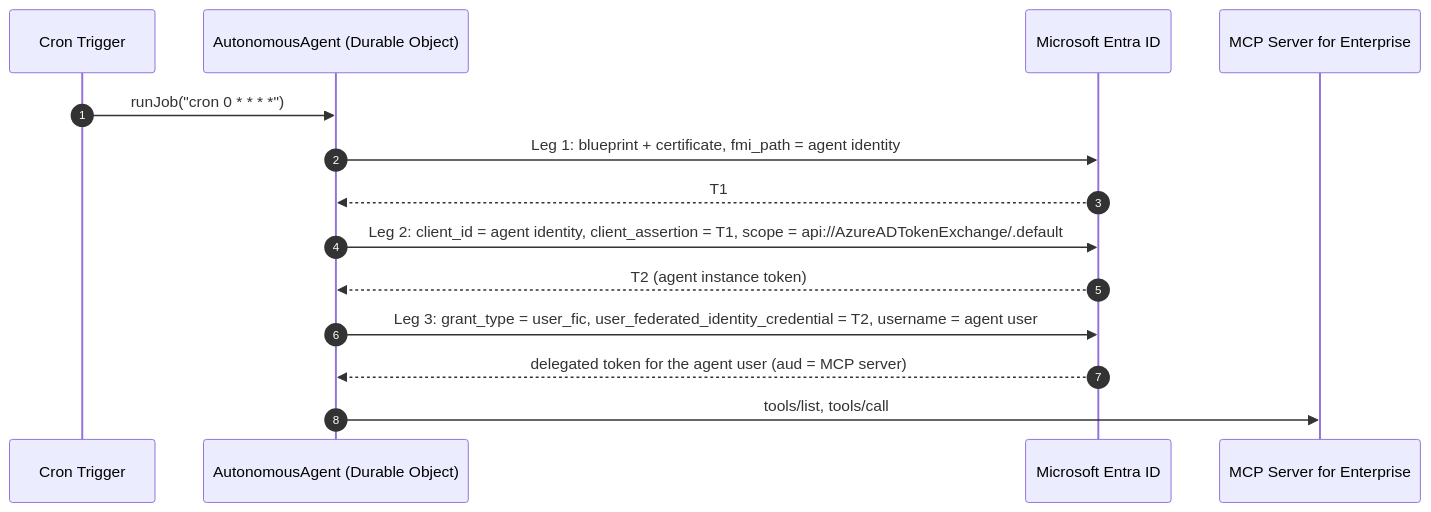
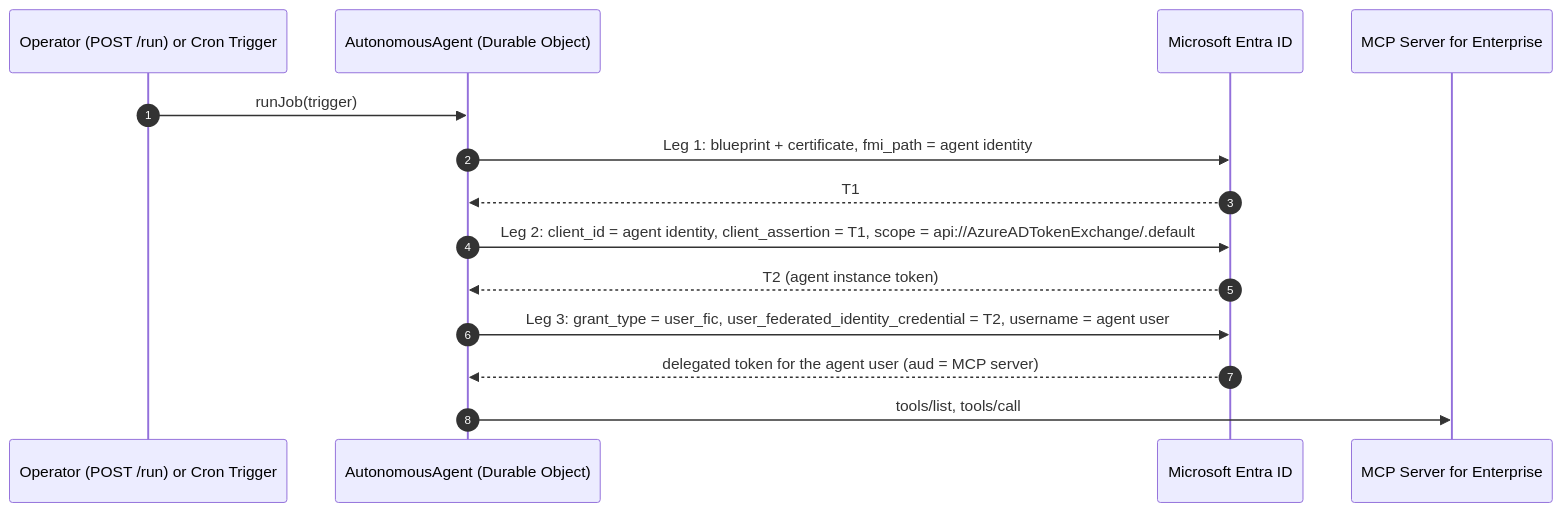
One commit to astaykov/agentid-cloudflare-draft changed the second of 2 diagrams in docs/token-flows.md. Above: the diagram before and after it, drawn with Mermaid. The commit also changed other lines of this file and 13 other files, not shown here.

````diff
--- a/docs/token-flows.md
+++ b/docs/token-flows.md
@@ -129,16 +129,16 @@
 ```mermaid
 sequenceDiagram
   autonumber
-  participant C as Cron Trigger
+  participant C as Operator (POST /run) or Cron Trigger
   participant A as AutonomousAgent (Durable Object)
   participant E as Microsoft Entra ID
   participant M as MCP Server for Enterprise
-  C->>A: runJob("cron 0 * * * *")
+  C->>A: runJob(trigger)
   A->>E: Leg 1: blueprint + certificate, fmi_path = agent identity
   E-->>A: T1
   A->>E: Leg 2: client_id = agent identity, client_assertion = T1, scope = api://AzureADTokenExchange/.default
   E-->>A: T2 (agent instance token)
   A->>E: Leg 3: grant_type = user_fic, user_federated_identity_credential = T2, username = agent user
   E-->>A: delegated token for the agent user (aud = MCP server)
   A->>M: tools/list, tools/call
 ```
````
